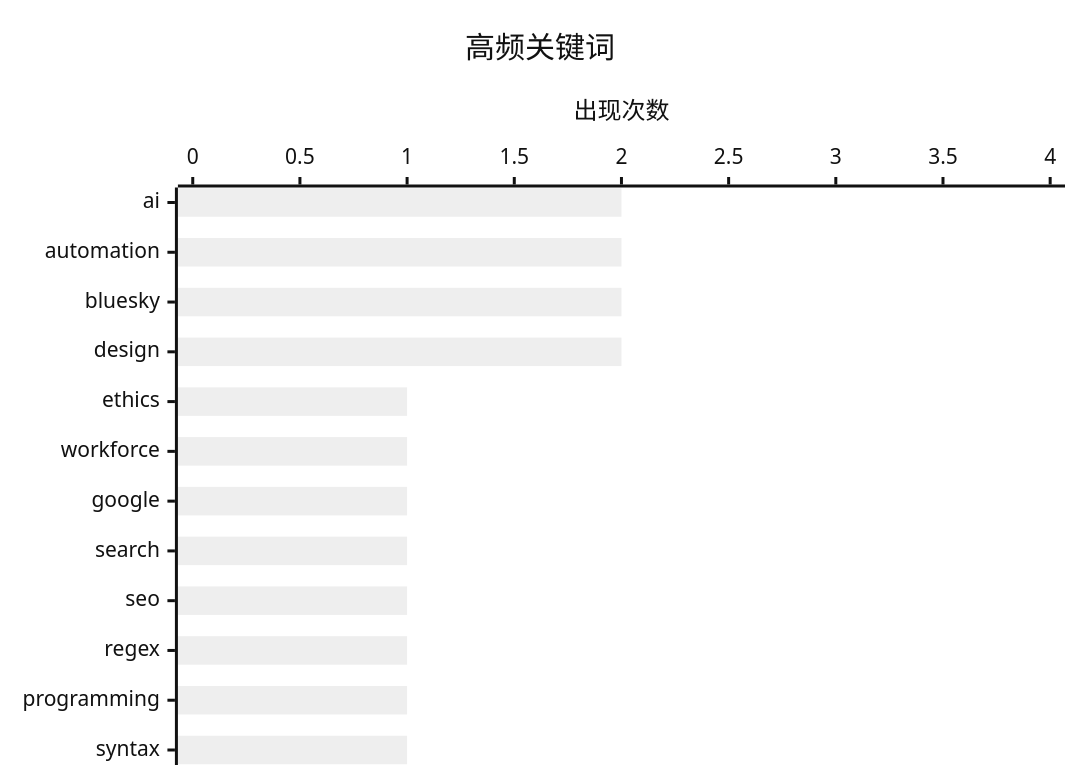
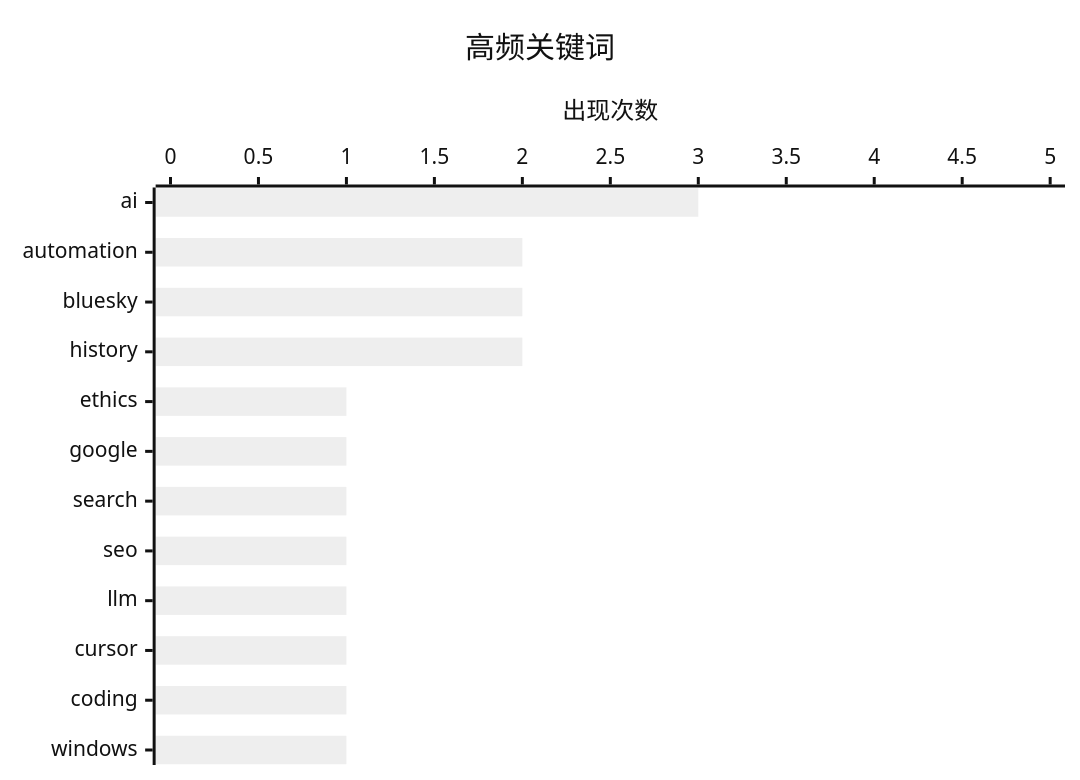
Before and after one commit to SamhooXee/aidigest: the second of 2 diagrams in content/digest_2026-03-21.md, drawn with Mermaid (neutral theme). The commit also changed other lines of this file, not shown here.

````diff
--- a/content/digest_2026-03-21.md
+++ b/content/digest_2026-03-21.md
@@ -65,7 +65,7 @@
 ```mermaid
 xychart-beta horizontal
     title "高频关键词"
-    x-axis ["ai", "automation", "bluesky", "design", "ethics", "workforce", "google", "search", "seo", "regex", "programming", "syntax"]
-    y-axis "出现次数" 0 --> 4
-    bar [2, 2, 2, 2, 1, 1, 1, 1, 1, 1, 1, 1]
+    x-axis ["ai", "automation", "bluesky", "history", "ethics", "google", "search", "seo", "llm", "cursor", "coding", "windows"]
+    y-axis "出现次数" 0 --> 5
+    bar [3, 2, 2, 2, 1, 1, 1, 1, 1, 1, 1, 1]
 ```
````
